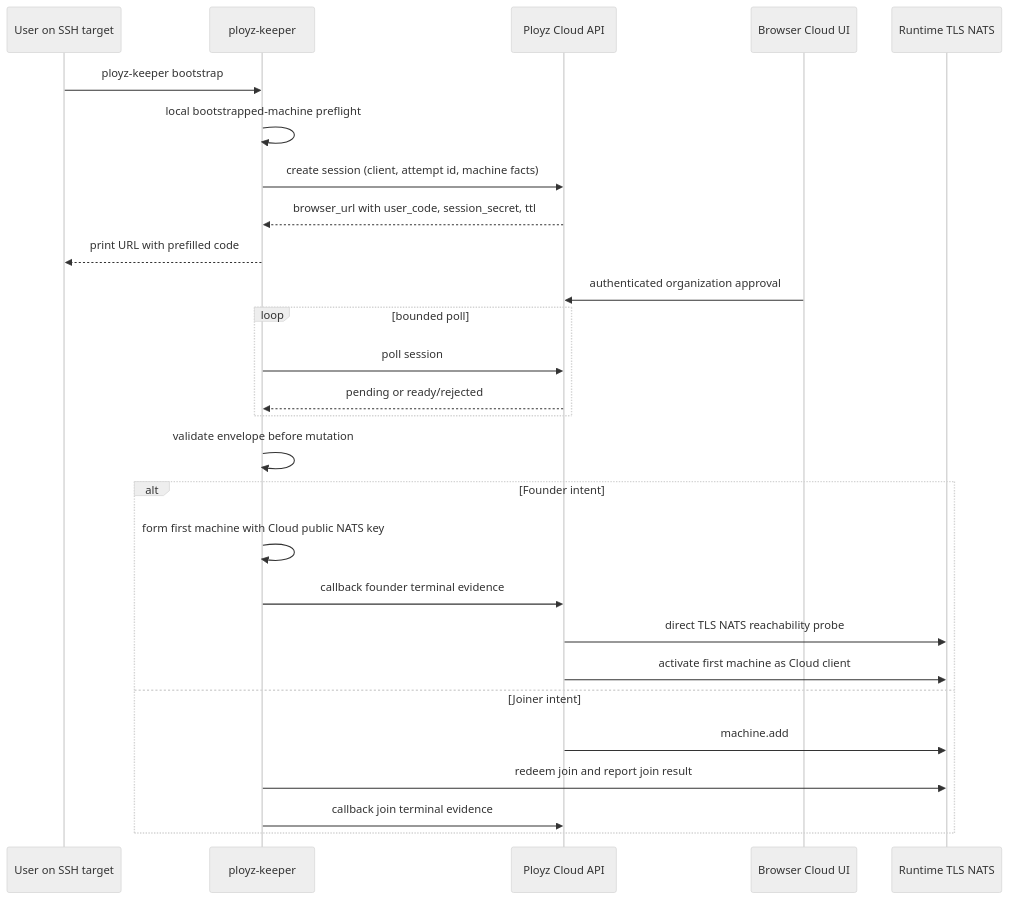
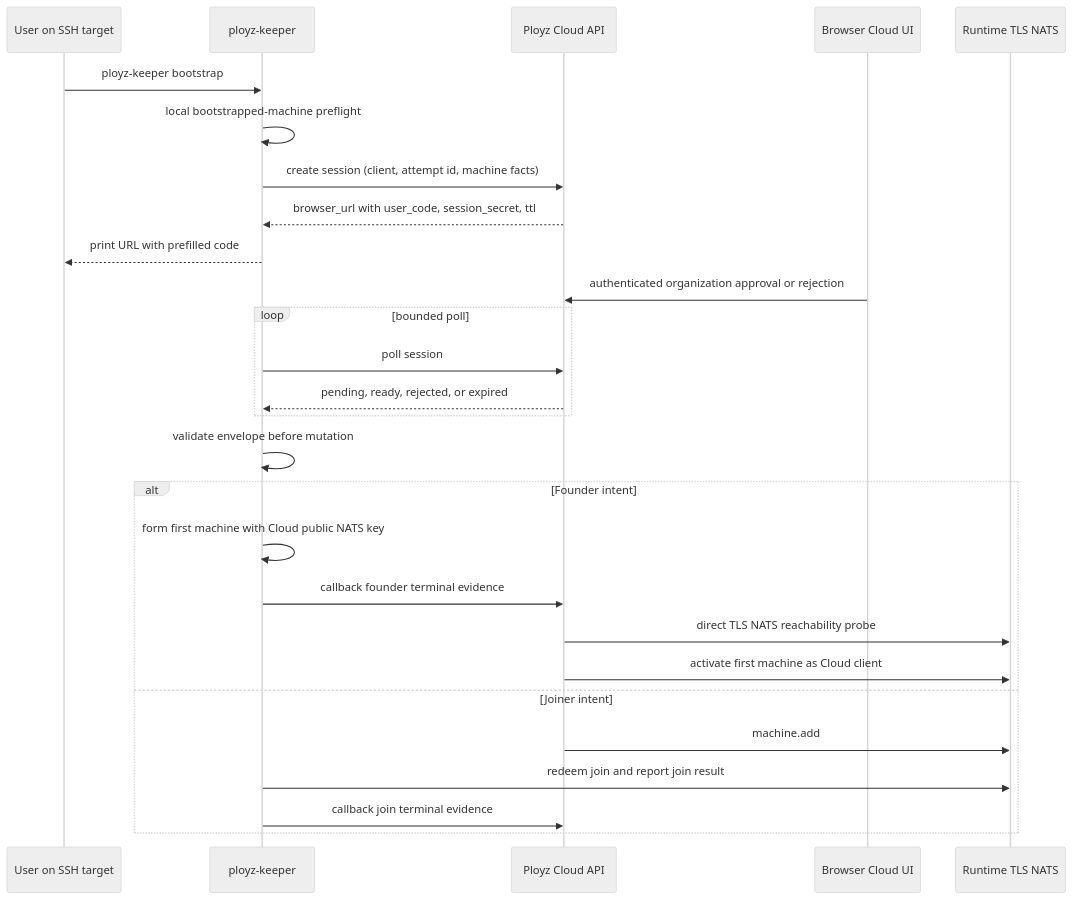
One commit to getployz/ployz changed the second of 3 diagrams in docs/plans/2026-06-26-002-feat-cross-repo-cloud-bootstrap-full-functionality-plan.md. Above: the diagram before and after it, drawn with Mermaid (neutral theme). The commit also changed other lines of this file and 52 other files, not shown here.

````diff
--- a/docs/plans/2026-06-26-002-feat-cross-repo-cloud-bootstrap-full-functionality-plan.md
+++ b/docs/plans/2026-06-26-002-feat-cross-repo-cloud-bootstrap-full-functionality-plan.md
@@ -363,30 +436,30 @@
 ```mermaid
 sequenceDiagram
   participant U as User on SSH target
   participant K as ployz-keeper
   participant C as Ployz Cloud API
   participant B as Browser Cloud UI
   participant N as Runtime TLS NATS
 
   U->>K: ployz-keeper bootstrap
   K->>K: local bootstrapped-machine preflight
   K->>C: create session (client, attempt id, machine facts)
   C-->>K: browser_url with user_code, session_secret, ttl
   K-->>U: print URL with prefilled code
-  B->>C: authenticated organization approval
+  B->>C: authenticated organization approval or rejection
   loop bounded poll
     K->>C: poll session
-    C-->>K: pending or ready/rejected
+    C-->>K: pending, ready, rejected, or expired
   end
   K->>K: validate envelope before mutation
   alt Founder intent
     K->>K: form first machine with Cloud public NATS key
     K->>C: callback founder terminal evidence
     C->>N: direct TLS NATS reachability probe
     C->>N: activate first machine as Cloud client
   else Joiner intent
     C->>N: machine.add
     K->>N: redeem join and report join result
     K->>C: callback join terminal evidence
   end
 ```
````
